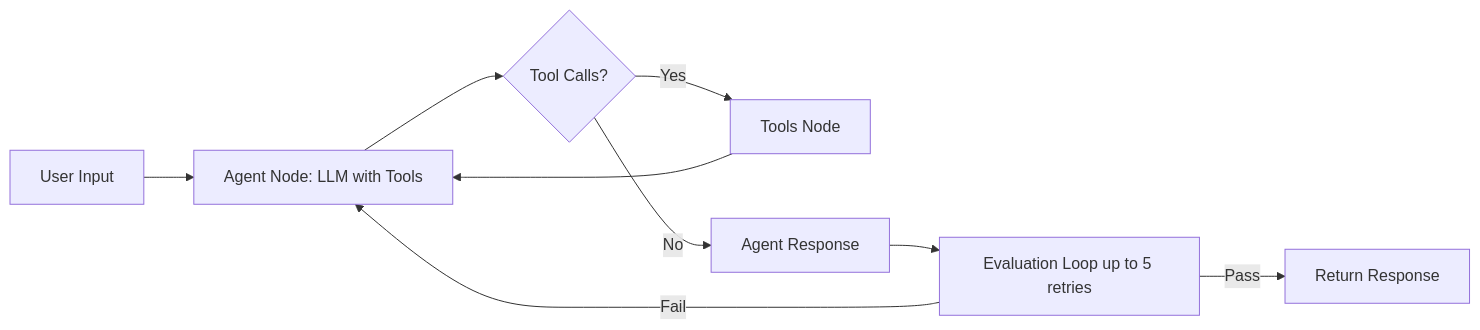
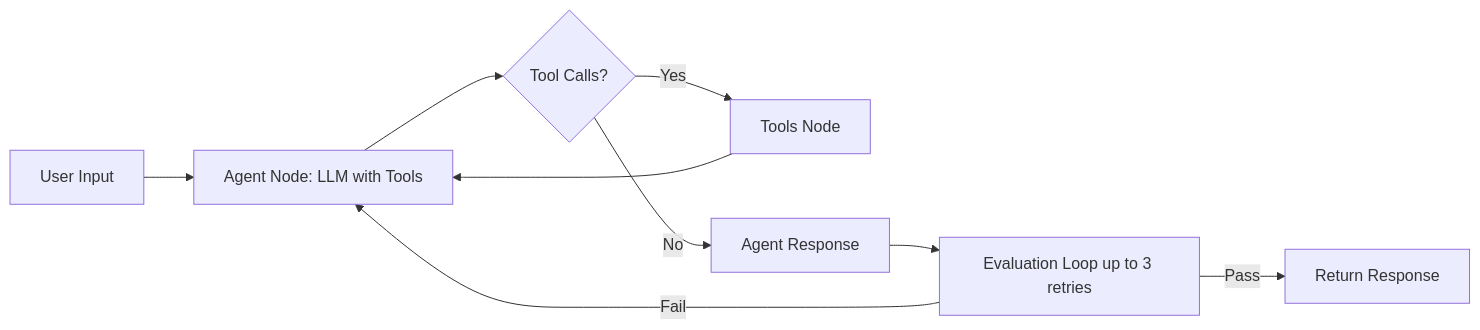
Before and after one commit to Harish8622/Aero-delay-prediction: the third of 3 diagrams in README.md, drawn with Mermaid.

Commit message:
Update evaluation loop retries from 5 to 3

````diff
--- a/README.md
+++ b/README.md
@@ -37,11 +37,11 @@
 ```mermaid
 flowchart LR
   A[User Input] --> B[Agent Node: LLM with Tools]
   B --> C{Tool Calls?}
   C -- Yes --> D[Tools Node]
   D --> B
   C -- No --> E[Agent Response]
-  E --> F[Evaluation Loop up to 5 retries]
+  E --> F[Evaluation Loop up to 3 retries]
   F -- Pass --> G[Return Response]
   F -- Fail --> B
 ```
````
